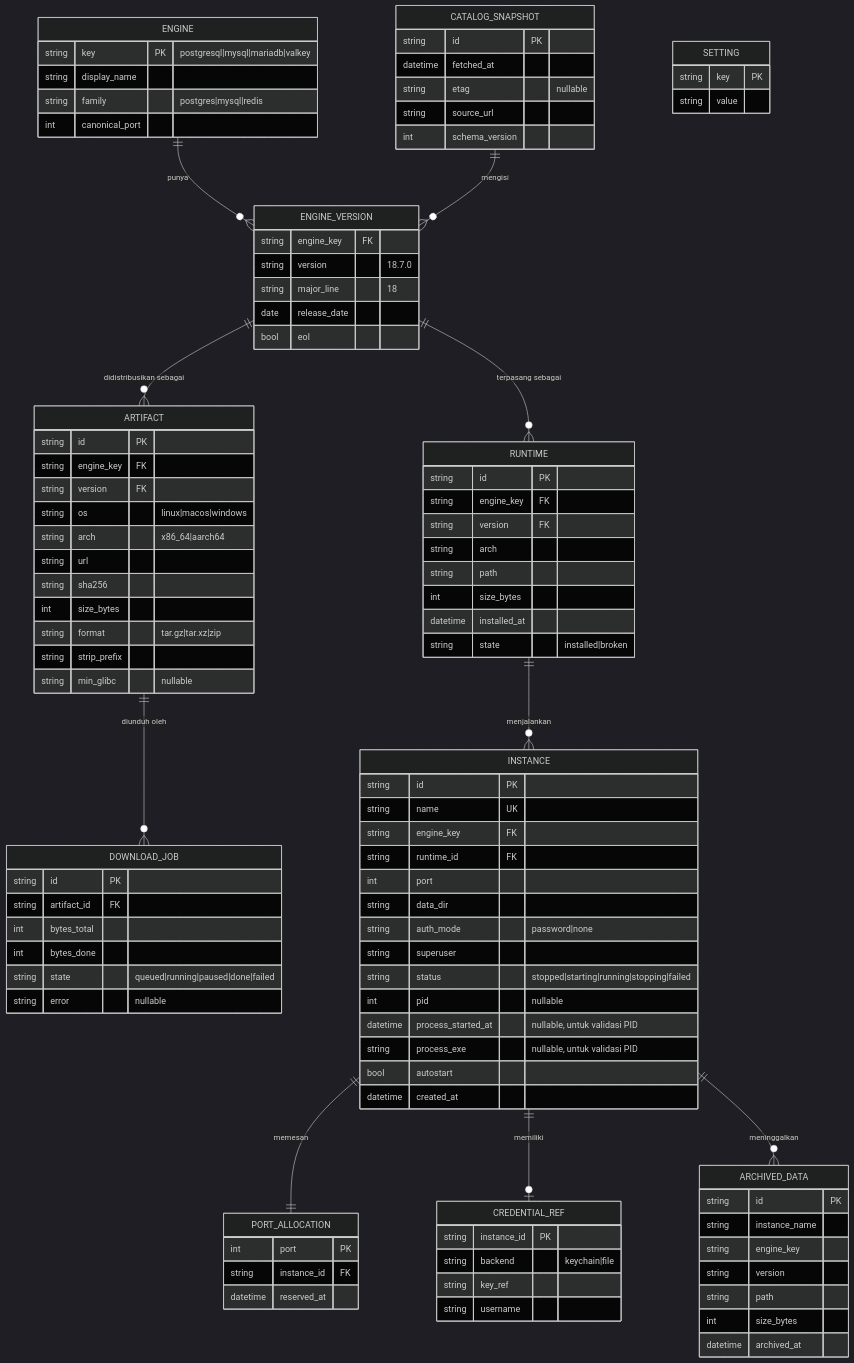
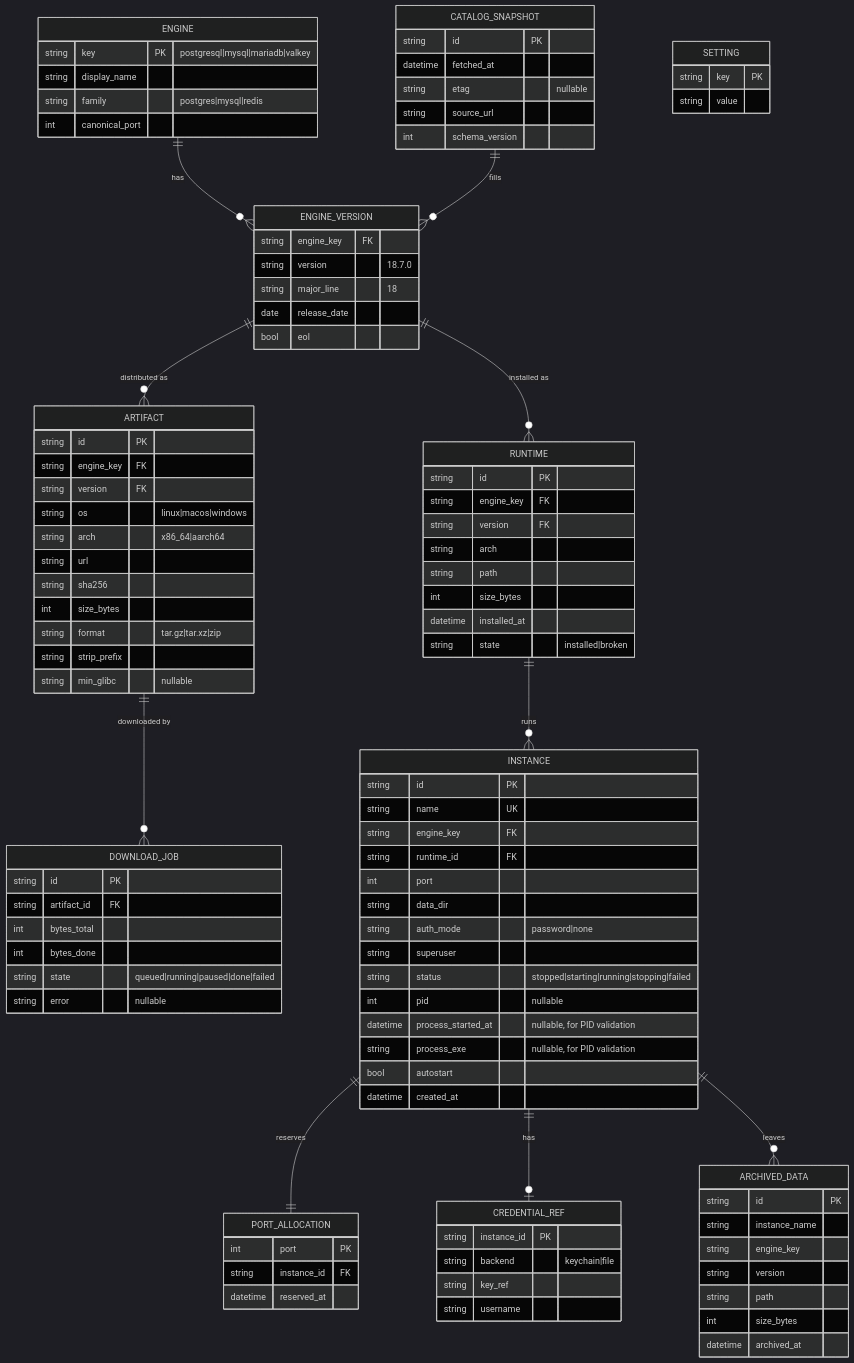
The third of 4 diagrams in docs/prd/dblocal/PRD.md (rezkycodes/dblocal), drawn with Mermaid (dark theme) before and after one commit. The commit also changed other lines of this file and 1 other file, not shown here.

````diff
--- a/docs/prd/dblocal/PRD.md
+++ b/docs/prd/dblocal/PRD.md
@@ -625,14 +625,14 @@
 ```mermaid
 erDiagram
-    ENGINE ||--o{ ENGINE_VERSION : "punya"
-    ENGINE_VERSION ||--o{ ARTIFACT : "didistribusikan sebagai"
-    ARTIFACT ||--o{ DOWNLOAD_JOB : "diunduh oleh"
-    ENGINE_VERSION ||--o{ RUNTIME : "terpasang sebagai"
-    RUNTIME ||--o{ INSTANCE : "menjalankan"
-    INSTANCE ||--|| PORT_ALLOCATION : "memesan"
-    INSTANCE ||--o| CREDENTIAL_REF : "memiliki"
-    INSTANCE ||--o{ ARCHIVED_DATA : "meninggalkan"
-    CATALOG_SNAPSHOT ||--o{ ENGINE_VERSION : "mengisi"
+    ENGINE ||--o{ ENGINE_VERSION : "has"
+    ENGINE_VERSION ||--o{ ARTIFACT : "distributed as"
+    ARTIFACT ||--o{ DOWNLOAD_JOB : "downloaded by"
+    ENGINE_VERSION ||--o{ RUNTIME : "installed as"
+    RUNTIME ||--o{ INSTANCE : "runs"
+    INSTANCE ||--|| PORT_ALLOCATION : "reserves"
+    INSTANCE ||--o| CREDENTIAL_REF : "has"
+    INSTANCE ||--o{ ARCHIVED_DATA : "leaves"
+    CATALOG_SNAPSHOT ||--o{ ENGINE_VERSION : "fills"
 
     ENGINE {
         string key PK "postgresql|mysql|mariadb|valkey"
@@ -681,8 +681,8 @@
         string superuser
         string status "stopped|starting|running|stopping|failed"
         int pid "nullable"
-        datetime process_started_at "nullable, untuk validasi PID"
-        string process_exe "nullable, untuk validasi PID"
+        datetime process_started_at "nullable, for PID validation"
+        string process_exe "nullable, for PID validation"
         bool autostart
         datetime created_at
     }
````
